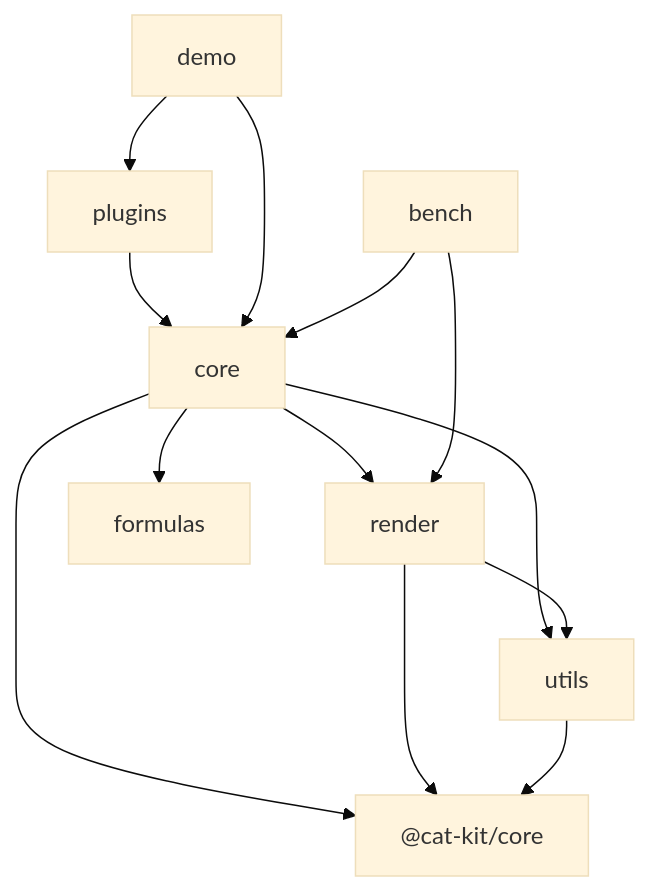
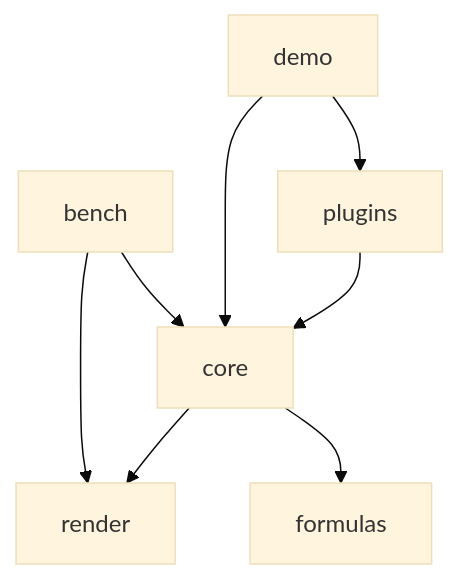
Before and after one commit to cabinet-fe/infinite-table: the diagram in .agents/docs/CODE-MAP.md, drawn with Mermaid (base theme). The commit also changed other lines of this file and 27 other files, not shown here.

````diff
--- a/.agents/docs/CODE-MAP.md
+++ b/.agents/docs/CODE-MAP.md
@@ -34,15 +34,10 @@
 ```mermaid
 graph TD
     core --> render
     core --> formulas
-    core --> utils
-    core --> cat-kit["@cat-kit/core"]
-    render --> utils
-    render --> cat-kit["@cat-kit/core"]
     plugins --> core
-    utils --> cat-kit["@cat-kit/core"]
     demo --> core
     demo --> plugins
     bench --> core
     bench --> render
 ```
````
